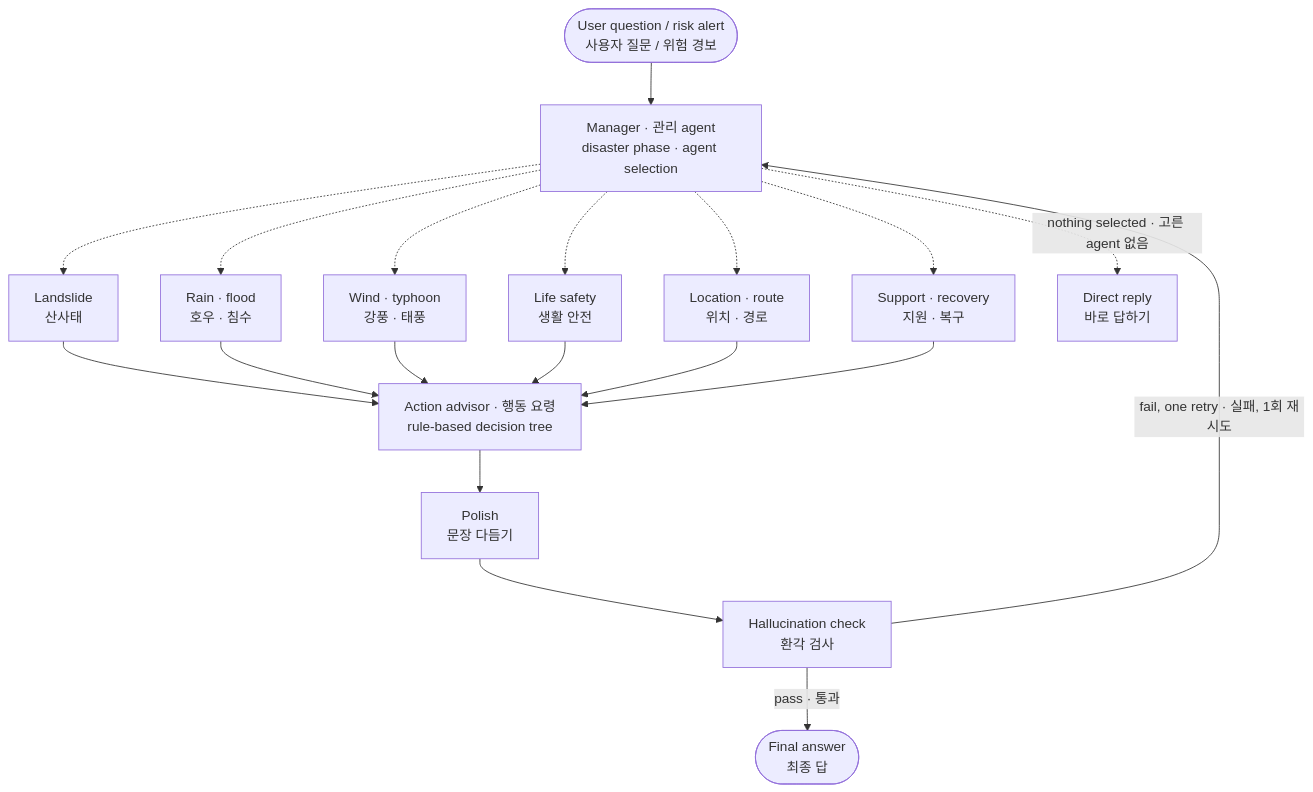
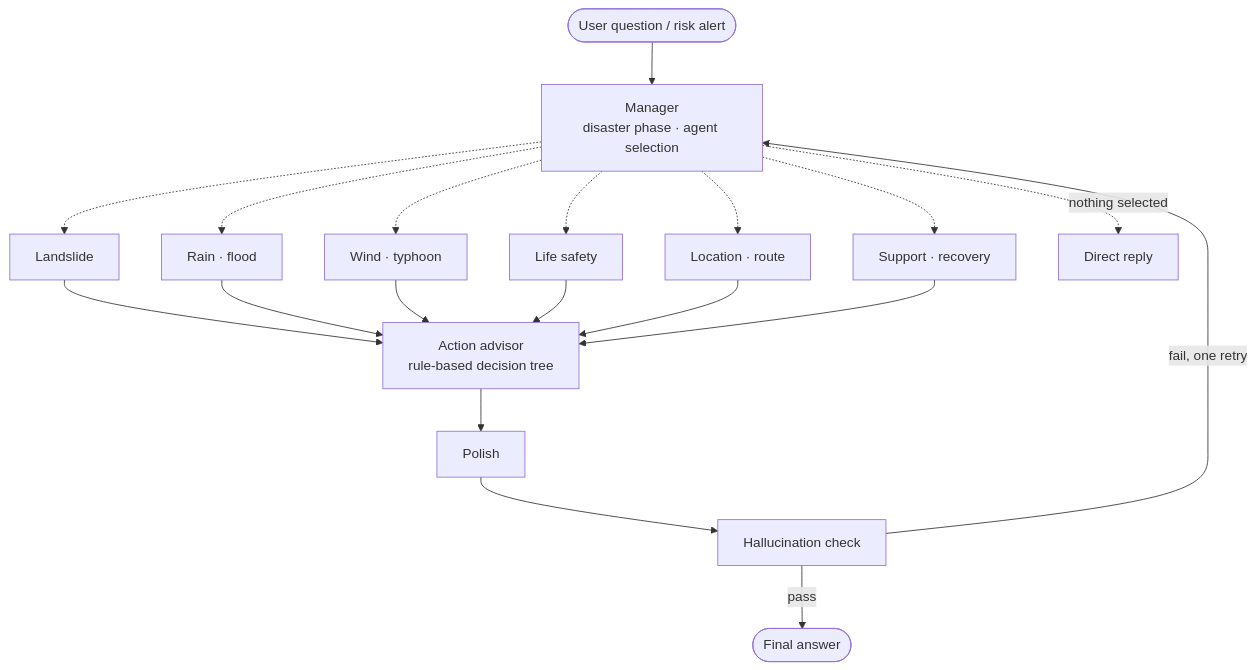
The third of 4 diagrams in README.md (kimking73/guryongpo-safety-agent), drawn with Mermaid before and after one commit. The commit also changed other lines of this file, not shown here.

````diff
--- a/README.md
+++ b/README.md
@@ -69,10 +97,10 @@
 ```mermaid
 flowchart TD
-    Q([User question / risk alert<br/>사용자 질문 / 위험 경보]) --> M[Manager · 관리 agent<br/>disaster phase · agent selection]
-    M -.-> L[Landslide<br/>산사태] & R[Rain · flood<br/>호우 · 침수] & W[Wind · typhoon<br/>강풍 · 태풍] & S[Life safety<br/>생활 안전] & P[Location · route<br/>위치 · 경로] & RS[Support · recovery<br/>지원 · 복구]
-    M -. nothing selected · 고른 agent 없음 .-> D[Direct reply<br/>바로 답하기]
-    L & R & W & S & P & RS --> A[Action advisor · 행동 요령<br/>rule-based decision tree]
-    A --> PO[Polish<br/>문장 다듬기] --> H[Hallucination check<br/>환각 검사]
-    H -- pass · 통과 --> OUT([Final answer<br/>최종 답])
-    H -- fail, one retry · 실패, 1회 재시도 --> M
+    Q([User question / risk alert]) --> M[Manager<br/>disaster phase · agent selection]
+    M -.-> L[Landslide] & R[Rain · flood] & W[Wind · typhoon] & S[Life safety] & P[Location · route] & RS[Support · recovery]
+    M -. nothing selected .-> D[Direct reply]
+    L & R & W & S & P & RS --> A[Action advisor<br/>rule-based decision tree]
+    A --> PO[Polish] --> H[Hallucination check]
+    H -- pass --> OUT([Final answer])
+    H -- fail, one retry --> M
 ```
````
